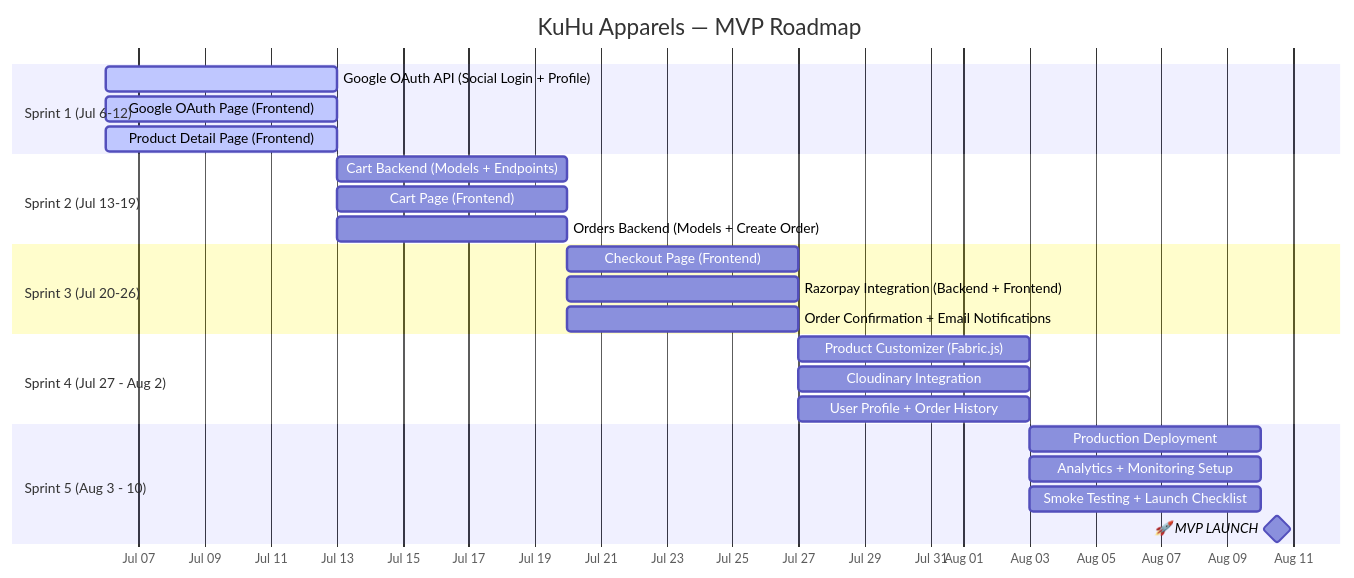
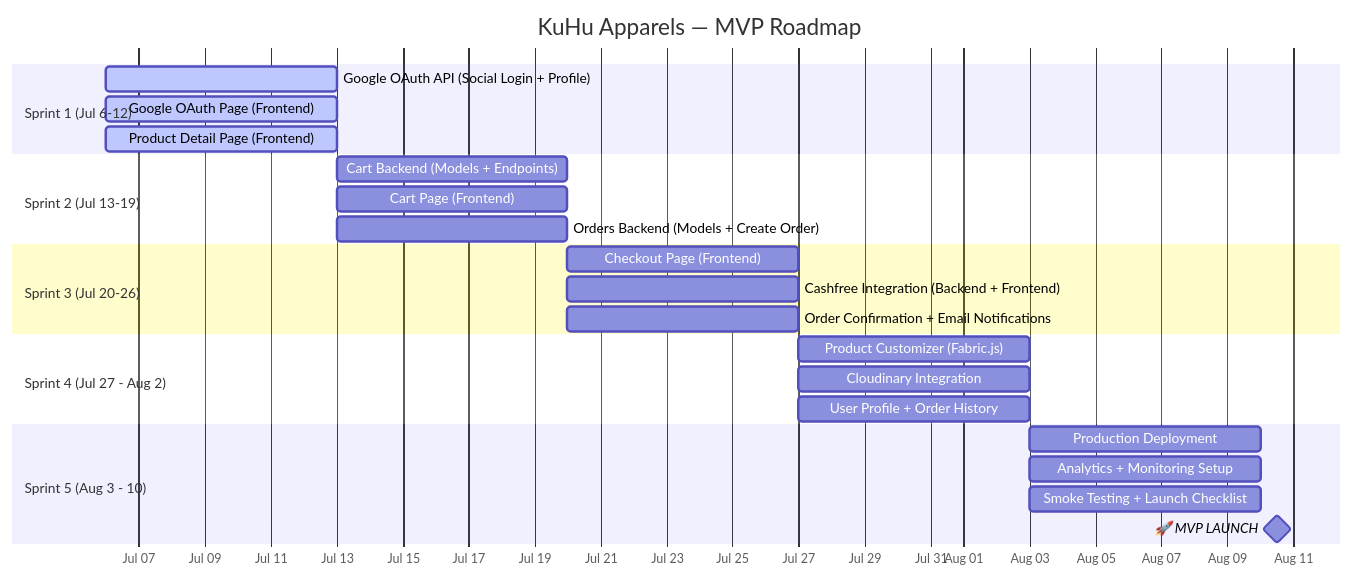
Before and after one commit to DikshantAgarwal/ecommerce: the diagram in docs/handbook/02_Roadmap.md, drawn with Mermaid. The commit also changed other lines of this file and 7 other files, not shown here.

First line of the commit message:
docs: switch payment provider from Razorpay to Cashfree

````diff
--- a/docs/handbook/02_Roadmap.md
+++ b/docs/handbook/02_Roadmap.md
@@ -17,32 +17,32 @@
 ```mermaid
 gantt
     title KuHu Apparels — MVP Roadmap
     dateFormat  YYYY-MM-DD
     axisFormat  %b %d
     
     section Sprint 1 (Jul 6-12)
     Google OAuth API (Social Login + Profile)         :active, s1_be, 2026-07-06, 7d
     Google OAuth Page (Frontend)                       :active, s1_fe, 2026-07-06, 7d
     Product Detail Page (Frontend)                    :active, s1_pdp, 2026-07-06, 7d
     
     section Sprint 2 (Jul 13-19)
     Cart Backend (Models + Endpoints)                 :s2_be, 2026-07-13, 7d
     Cart Page (Frontend)                              :s2_fe, 2026-07-13, 7d
     Orders Backend (Models + Create Order)            :s2_be2, 2026-07-13, 7d
     
     section Sprint 3 (Jul 20-26)
     Checkout Page (Frontend)                          :s3_fe, 2026-07-20, 7d
-    Razorpay Integration (Backend + Frontend)         :s3_pay, 2026-07-20, 7d
+    Cashfree Integration (Backend + Frontend)          :s3_pay, 2026-07-20, 7d
     Order Confirmation + Email Notifications          :s3_email, 2026-07-20, 7d
     
     section Sprint 4 (Jul 27 - Aug 2)
     Product Customizer (Fabric.js)                    :s4_cust, 2026-07-27, 7d
     Cloudinary Integration                            :s4_cloud, 2026-07-27, 7d
     User Profile + Order History                       :s4_prof, 2026-07-27, 7d
     
     section Sprint 5 (Aug 3 - 10)
     Production Deployment                             :s5_deploy, 2026-08-03, 7d
     Analytics + Monitoring Setup                      :s5_analytics, 2026-08-03, 7d
     Smoke Testing + Launch Checklist                  :s5_test, 2026-08-03, 7d
     🚀 MVP LAUNCH                                    :milestone, s5_launch, 2026-08-10, 1d
 ```
````
